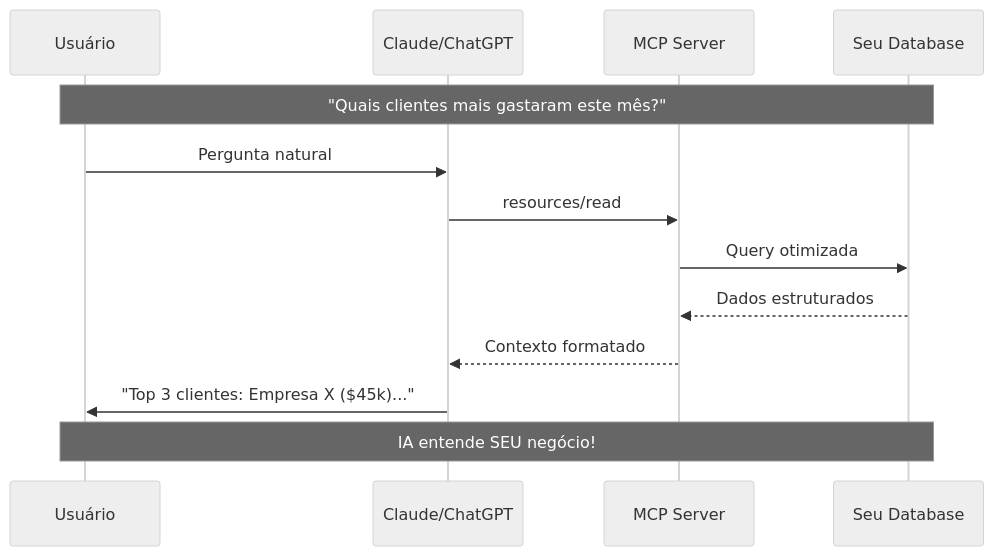
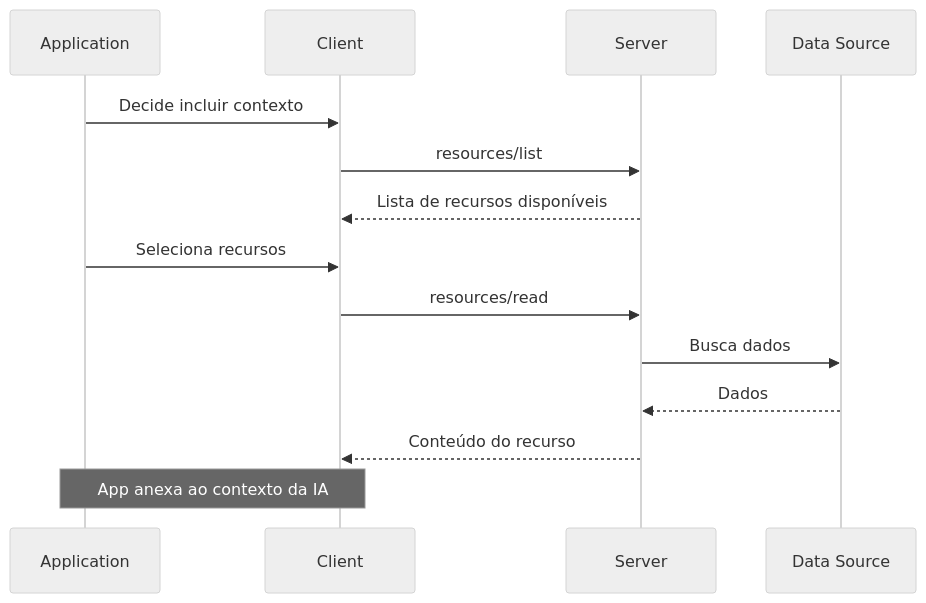
The seventh of 28 diagrams in AI/Comunicação/MCP/00-mcp-presentation-zero to hero.md (felipepimentel/my-public-notes), drawn with Mermaid (neutral theme) before and after one commit. The commit also changed other lines of this file, not shown here.

````diff
--- a/AI/Comunicação/MCP/00-mcp-presentation-zero to hero.md
+++ b/AI/Comunicação/MCP/00-mcp-presentation-zero to hero.md
@@ -146,18 +213,19 @@
 ```mermaid
 sequenceDiagram
-    participant U as Usuário
-    participant AI as Claude/ChatGPT
-    participant MCP as MCP Server
-    participant DB as Seu Database
+    participant App as Application
+    participant Client
+    participant Server
+    participant Data as Data Source
     
-    Note over U,DB: "Quais clientes mais gastaram este mês?"
+    App->>Client: Decide incluir contexto
+    Client->>Server: resources/list
+    Server-->>Client: Lista de recursos disponíveis
     
-    U->>AI: Pergunta natural
-    AI->>MCP: resources/read
-    MCP->>DB: Query otimizada
-    DB-->>MCP: Dados estruturados
-    MCP-->>AI: Contexto formatado
-    AI->>U: "Top 3 clientes: Empresa X ($45k)..."
+    App->>Client: Seleciona recursos
+    Client->>Server: resources/read
+    Server->>Data: Busca dados
+    Data-->>Server: Dados
+    Server-->>Client: Conteúdo do recurso
     
-    Note over U,DB: IA entende SEU negócio!
+    Note over App,Client: App anexa ao contexto da IA
 ```
````
